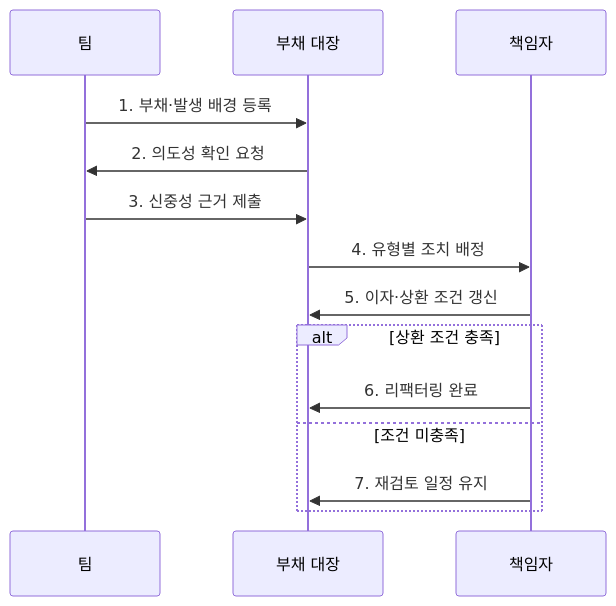
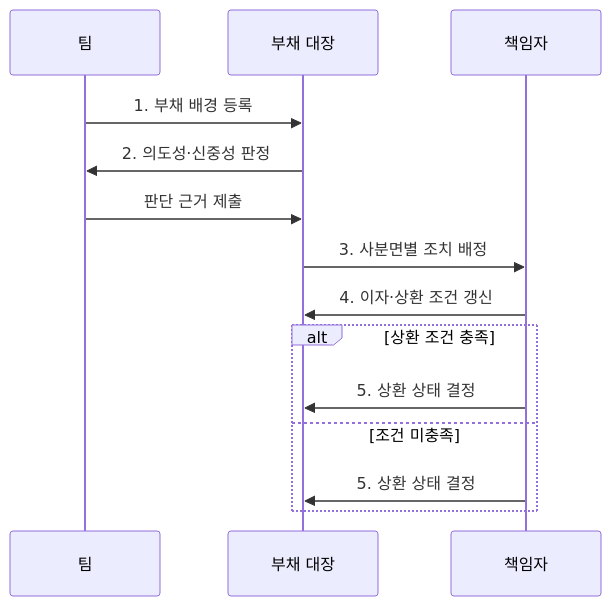
The second of 2 diagrams in src/content/docs/notes/03-software/066_technical_debt_quadrant.md (agnusdei1207/knowledge-base), drawn with Mermaid before and after one commit. The commit also changed other lines of this file and 238 other files, not shown here.

````diff
--- a/src/content/docs/notes/03-software/066_technical_debt_quadrant.md
+++ b/src/content/docs/notes/03-software/066_technical_debt_quadrant.md
@@ -75,16 +75,16 @@
 ```mermaid
 sequenceDiagram
     participant T as 팀
     participant R as 부채 대장
     participant O as 책임자
-    T->>R: 1. 부채·발생 배경 등록
-    R->>T: 2. 의도성 확인 요청
-    T->>R: 3. 신중성 근거 제출
-    R->>O: 4. 유형별 조치 배정
-    O->>R: 5. 이자·상환 조건 갱신
+    T->>R: 1. 부채 배경 등록
+    R->>T: 2. 의도성·신중성 판정
+    T->>R: 판단 근거 제출
+    R->>O: 3. 사분면별 조치 배정
+    O->>R: 4. 이자·상환 조건 갱신
     alt 상환 조건 충족
-        O->>R: 6. 리팩터링 완료
+        O->>R: 5. 상환 상태 결정
     else 조건 미충족
-        O->>R: 7. 재검토 일정 유지
+        O->>R: 5. 상환 상태 결정
     end
 ```
````
